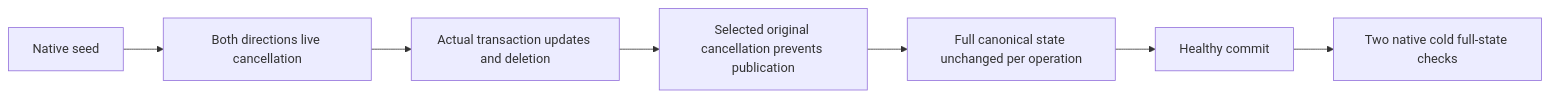
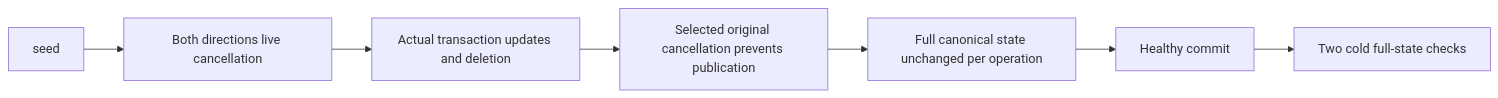
One commit to managedcode/KeyLoad changed the diagram in docs/Features/StorageRecovery/LiveRangeSelectedCancellation.md. Above: the diagram before and after it, drawn with Mermaid. The commit also changed other lines of this file and 9016 other files, not shown here.

````diff
--- a/docs/Features/StorageRecovery/LiveRangeSelectedCancellation.md
+++ b/docs/Features/StorageRecovery/LiveRangeSelectedCancellation.md
@@ -9,9 +9,9 @@
 ```mermaid
 flowchart LR
- Seed[Native seed] --> Live[Both directions live cancellation]
+ Seed[seed] --> Live[Both directions live cancellation]
  Live --> Staged[Actual transaction updates and deletion]
  Staged --> Refuse[Selected original cancellation prevents publication]
  Refuse --> Original[Full canonical state unchanged per operation]
  Original --> Healthy[Healthy commit]
- Healthy --> Cold[Two native cold full-state checks]
+ Healthy --> Cold[Two cold full-state checks]
 ```
````
